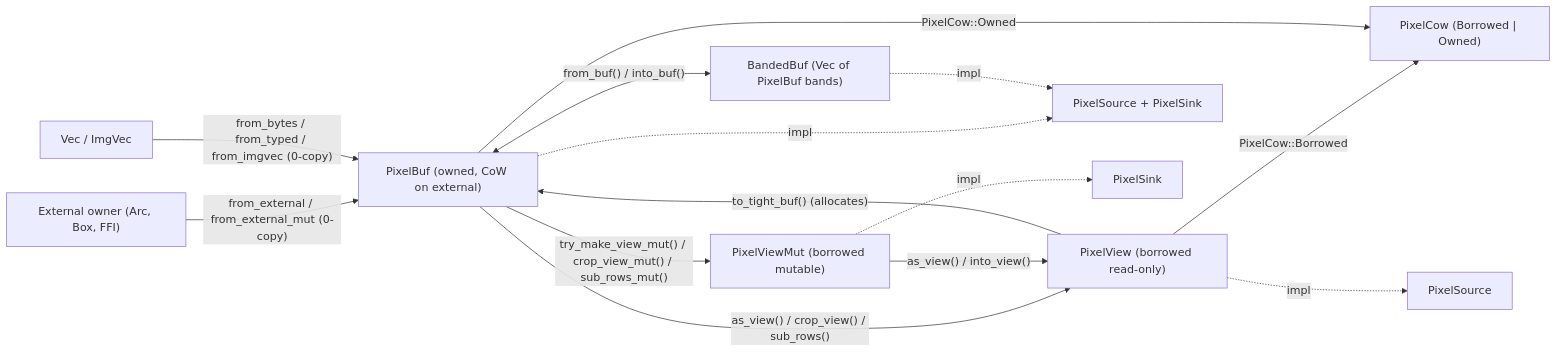
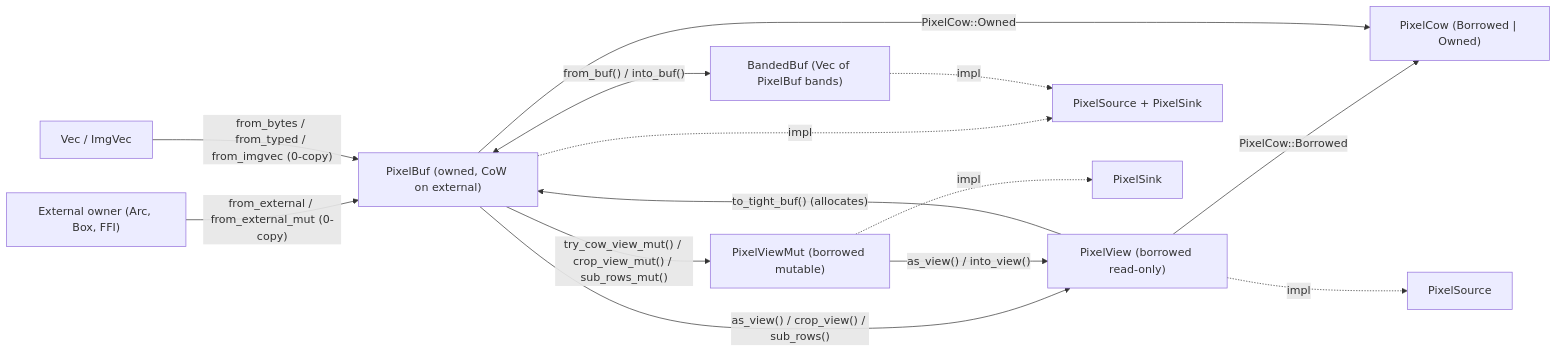
The third of 4 diagrams in docs/types-and-relationships.md (imazen/zenpixels), drawn with Mermaid before and after one commit. The commit also changed other lines of this file and 37 other files, not shown here.

````diff
--- a/docs/types-and-relationships.md
+++ b/docs/types-and-relationships.md
@@ -296,24 +296,24 @@
 ```mermaid
 flowchart LR
     EXT["External owner (Arc, Box, FFI)"] -->|"from_external / from_external_mut (0-copy)"| PB
     VEC["Vec / ImgVec"] -->|"from_bytes / from_typed / from_imgvec (0-copy)"| PB
 
     PB["PixelBuf (owned, CoW on external)"]
     PV["PixelView (borrowed read-only)"]
     PVM["PixelViewMut (borrowed mutable)"]
     PCOW["PixelCow (Borrowed | Owned)"]
     BB["BandedBuf (Vec of PixelBuf bands)"]
 
     PB -->|"as_view() / crop_view() / sub_rows()"| PV
-    PB -->|"try_make_view_mut() / crop_view_mut() / sub_rows_mut()"| PVM
+    PB -->|"try_cow_view_mut() / crop_view_mut() / sub_rows_mut()"| PVM
     PVM -->|"as_view() / into_view()"| PV
     PV -->|"to_tight_buf() (allocates)"| PB
     PV -->|"PixelCow::Borrowed"| PCOW
     PB -->|"PixelCow::Owned"| PCOW
     PB <-->|"from_buf() / into_buf()"| BB
 
     PB -. "impl" .-> SRC["PixelSource + PixelSink"]
     PV -. "impl" .-> SRC2["PixelSource"]
     PVM -. "impl" .-> SINK["PixelSink"]
     BB -. "impl" .-> SRC
 ```
````
